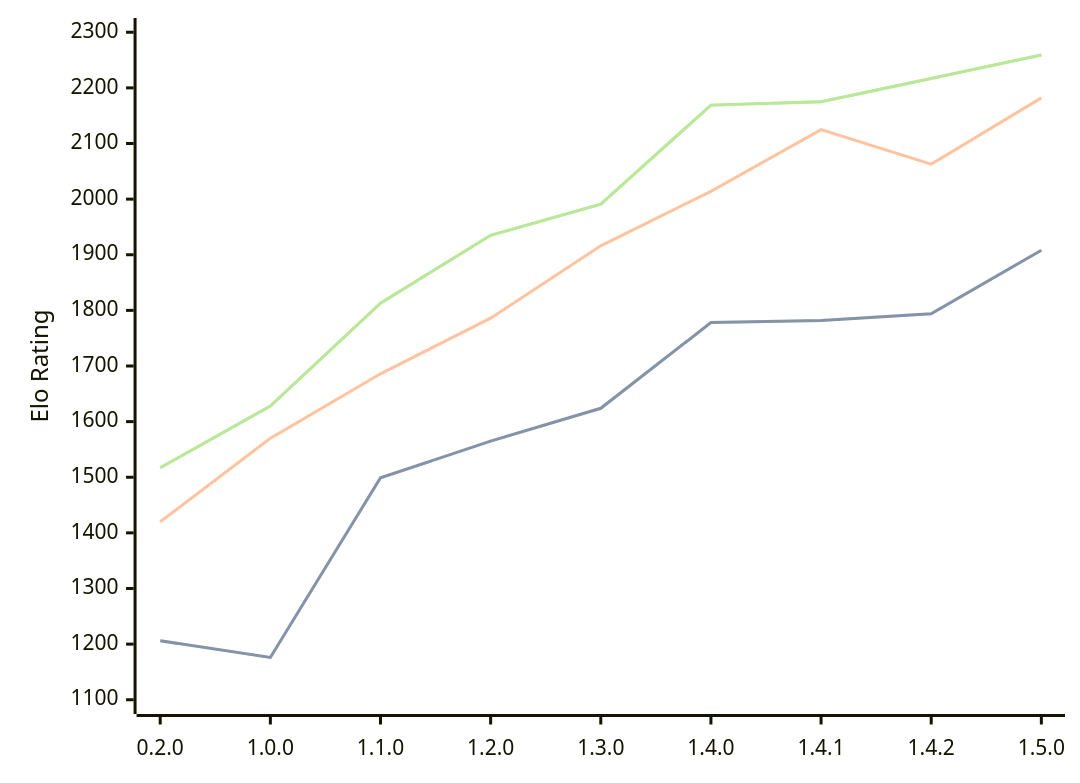
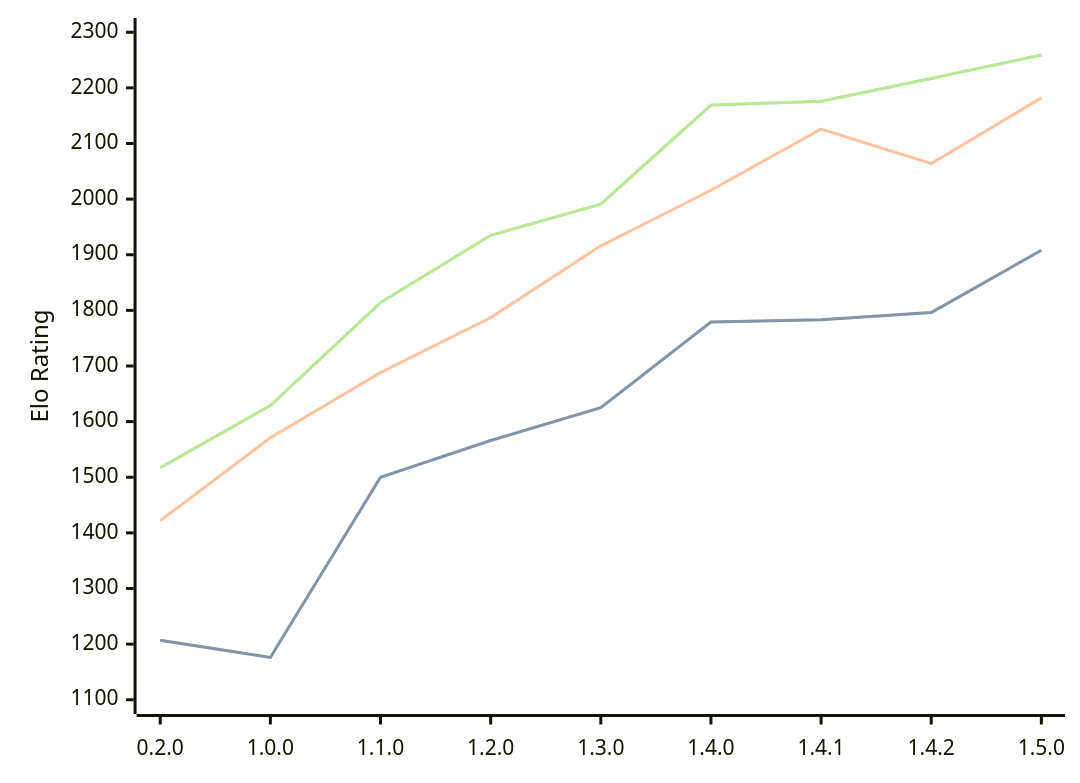
The diagram in engines/Zeppelin.md (computer-chess-index/cci), drawn with Mermaid before and after one commit. The commit also changed other lines of this file, not shown here.

Commit message:
Update CCI Ratings (ELO VLTC) - 2026-09-14

````diff
--- a/engines/Zeppelin.md
+++ b/engines/Zeppelin.md
@@ -39,11 +39,11 @@
 ```mermaid
 %%{init: {"theme":"base","themeVariables":{"seriesColors:['#a3a3a3','#222221','#faa371']}}}%%
 xychart-beta
   x-axis ["0.2.0", "1.0.0", "1.1.0", "1.2.0", "1.3.0", "1.4.0", "1.4.1", "1.4.2", "1.5.0"]
   y-axis "Elo Rating" 1100 --> 2300
-  line "" [1206, 1176, 1499, 1565, 1624, 1778, 1782, 1794, 1908]
-  line "STC (8.0+0.08s)" [1206, 1176, 1499, 1565, 1624, 1778, 1782, 1794, 1908]
-  line "LTC (60.0+0.60s)" [1420, 1570, 1686, 1786, 1916, 2014, 2125, 2063, 2182]
-  line "" [1517, 1628, 1813, 1935, 1991, 2169, 2175, 2217, 2259]
-  line "VLTC (2m24s+1.12s)" [1517, 1628, 1813, 1935, 1991, 2169, 2175, 2217, 2259]
+  line "" [1207, 1176, 1500, 1566, 1625, 1779, 1783, 1796, 1908]
+  line "STC (8.0+0.08s)" [1207, 1176, 1500, 1566, 1625, 1779, 1783, 1796, 1908]
+  line "LTC (60.0+0.60s)" [1422, 1571, 1688, 1787, 1916, 2016, 2126, 2064, 2182]
+  line "" [1517, 1629, 1814, 1935, 1991, 2169, 2176, 2217, 2259]
+  line "VLTC (2m24s+1.12s)" [1517, 1629, 1814, 1935, 1991, 2169, 2176, 2217, 2259]
 ```
````
